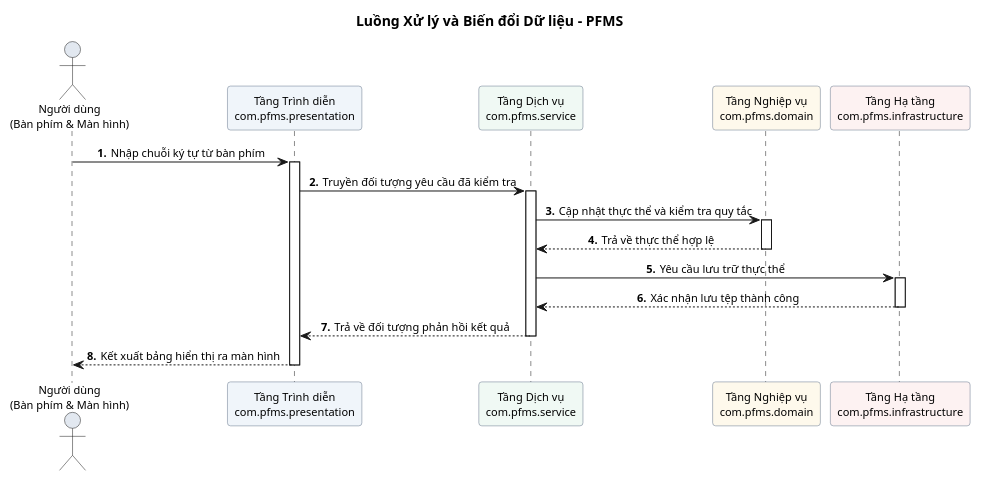
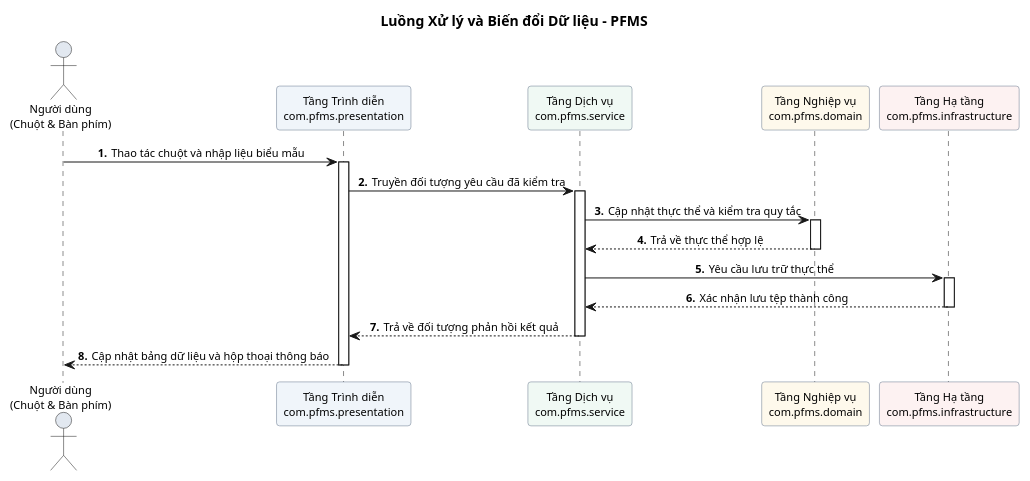
The second of 2 diagrams in docs/object-oriented-design/01-kien-truc-he-thong-va-phan-tang.md (mynhleeh/pfms-oop), drawn with PlantUML before and after one commit. The commit also changed other lines of this file and 9 other files, not shown here.

Commit message:
docs(ood): standardize presentation layer to generic gui

````diff
--- a/docs/object-oriented-design/01-kien-truc-he-thong-va-phan-tang.md
+++ b/docs/object-oriented-design/01-kien-truc-he-thong-va-phan-tang.md
@@ -146,46 +146,46 @@
 ```plantuml
 @startuml
 title Luồng Xử lý và Biến đổi Dữ liệu - PFMS
 
 autonumber 1 "<b>.</b>"
 skinparam defaultFontName "Segoe UI", Arial, sans-serif
 skinparam defaultFontSize 11
 skinparam roundcorner 6
 skinparam shadowing false
 skinparam sequenceMessageAlign center
 
 skinparam participant {
     BorderColor #64748B
     BackgroundColor #F8FAFC
 }
 
-actor "Người dùng\n(Bàn phím & Màn hình)" as USR #E2E8F0
-participant "Tầng Trình diễn\ncom.pfms.presentation" as CLI #F0F5FA
+actor "Người dùng\n(Chuột & Bàn phím)" as USR #E2E8F0
+participant "Tầng Trình diễn\ncom.pfms.presentation" as GUI #F0F5FA
 participant "Tầng Dịch vụ\ncom.pfms.service" as SVC #F0F9F4
 participant "Tầng Nghiệp vụ\ncom.pfms.domain" as DOM #FEF9EC
 participant "Tầng Hạ tầng\ncom.pfms.infrastructure" as INF #FDF2F2
 
-USR -> CLI : Nhập chuỗi ký tự từ bàn phím
-activate CLI
+USR -> GUI : Thao tác chuột và nhập liệu biểu mẫu
+activate GUI
 
-CLI -> SVC : Truyền đối tượng yêu cầu đã kiểm tra
+GUI -> SVC : Truyền đối tượng yêu cầu đã kiểm tra
 activate SVC
 
 SVC -> DOM : Cập nhật thực thể và kiểm tra quy tắc
 activate DOM
 DOM --> SVC : Trả về thực thể hợp lệ
 deactivate DOM
 
 SVC -> INF : Yêu cầu lưu trữ thực thể
 activate INF
 INF --> SVC : Xác nhận lưu tệp thành công
 deactivate INF
 
-SVC --> CLI : Trả về đối tượng phản hồi kết quả
+SVC --> GUI : Trả về đối tượng phản hồi kết quả
 deactivate SVC
 
-CLI --> USR : Kết xuất bảng hiển thị ra màn hình
-deactivate CLI
+GUI --> USR : Cập nhật bảng dữ liệu và hộp thoại thông báo
+deactivate GUI
 
 @enduml
 ```
````
